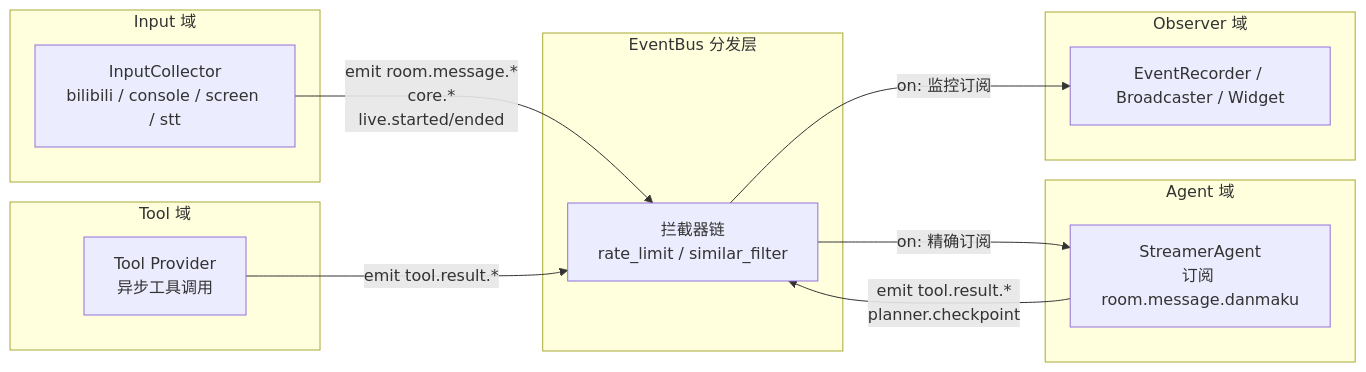
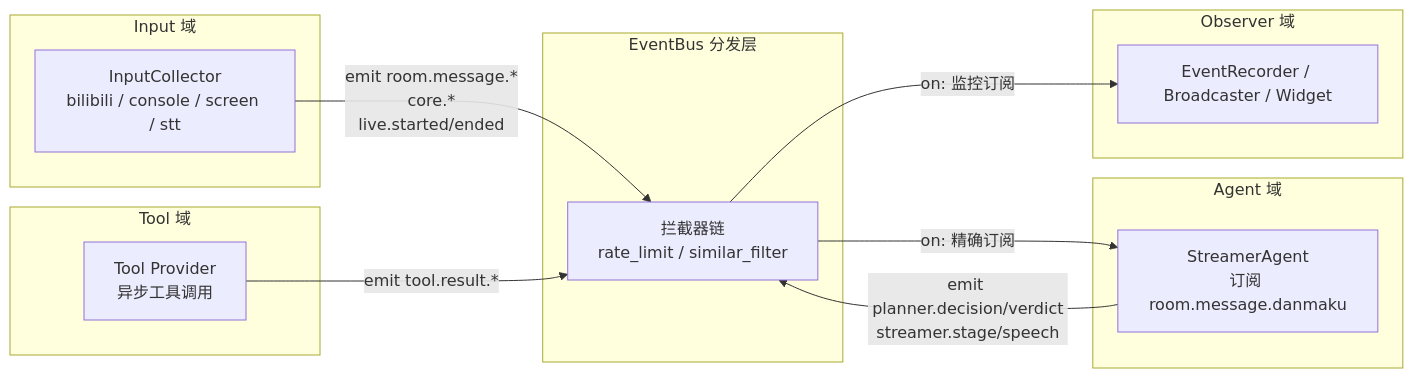
One commit to Mai-with-u/Amaidesu changed the first of 4 diagrams in docs/architecture/event-system.md. Above: the diagram before and after it, drawn with Mermaid. The commit also changed other lines of this file and 82 other files, not shown here.

````diff
--- a/docs/architecture/event-system.md
+++ b/docs/architecture/event-system.md
@@ -30,28 +30,28 @@
 ```mermaid
 flowchart LR
     subgraph Input 域
         IC[InputCollector<br/>bilibili / console / screen / stt]
     end
 
     subgraph Bus[EventBus 分发层]
         EB[拦截器链<br/>rate_limit / similar_filter]
     end
 
     subgraph Agent 域
         AG[StreamerAgent<br/>订阅 room.message.danmaku]
     end
 
     subgraph Tool 域
         TP[Tool Provider<br/>异步工具调用]
     end
 
     subgraph Observer 域
         OB[EventRecorder / Broadcaster / Widget]
     end
 
     IC -->|emit room.message.*<br/>core.*<br/>live.started/ended| EB
     EB -->|on: 精确订阅| AG
     EB -->|on: 监控订阅| OB
-    AG -->|emit tool.result.*<br/>planner.checkpoint| EB
+    AG -->|emit planner.decision/verdict<br/>streamer.stage/speech| EB
     TP -->|emit tool.result.*| EB
 ```
````
